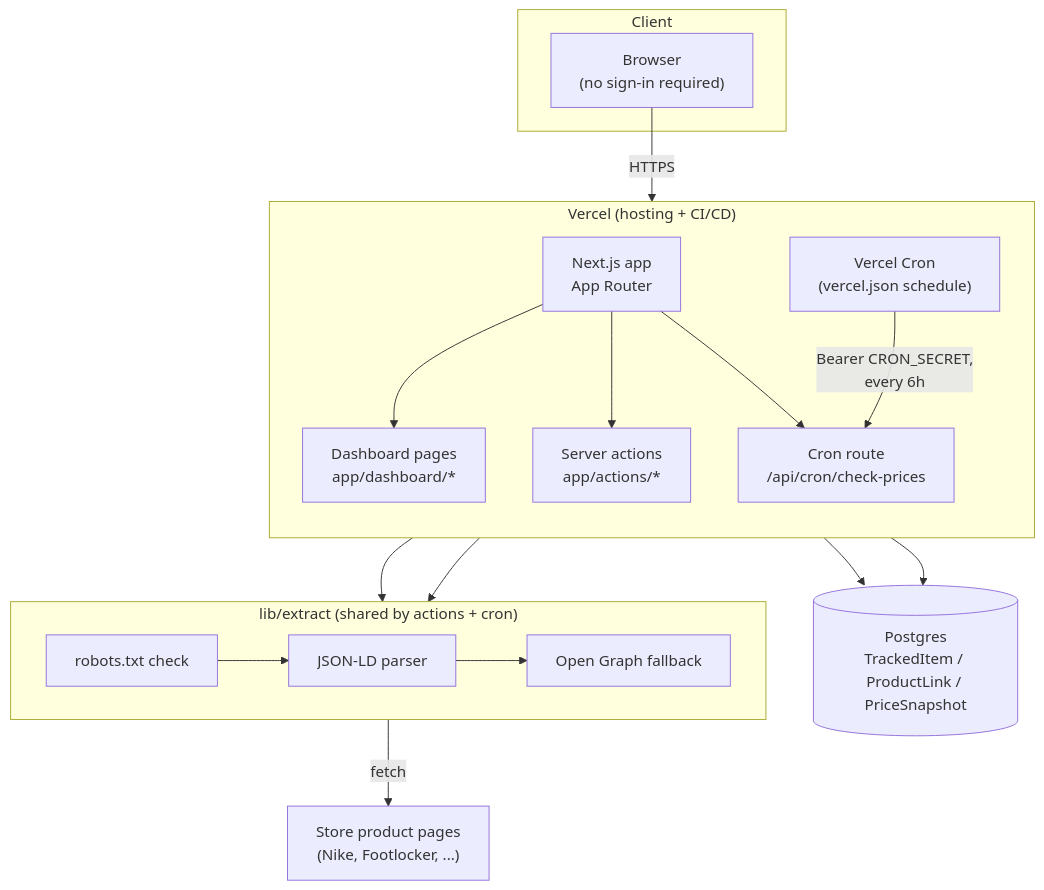
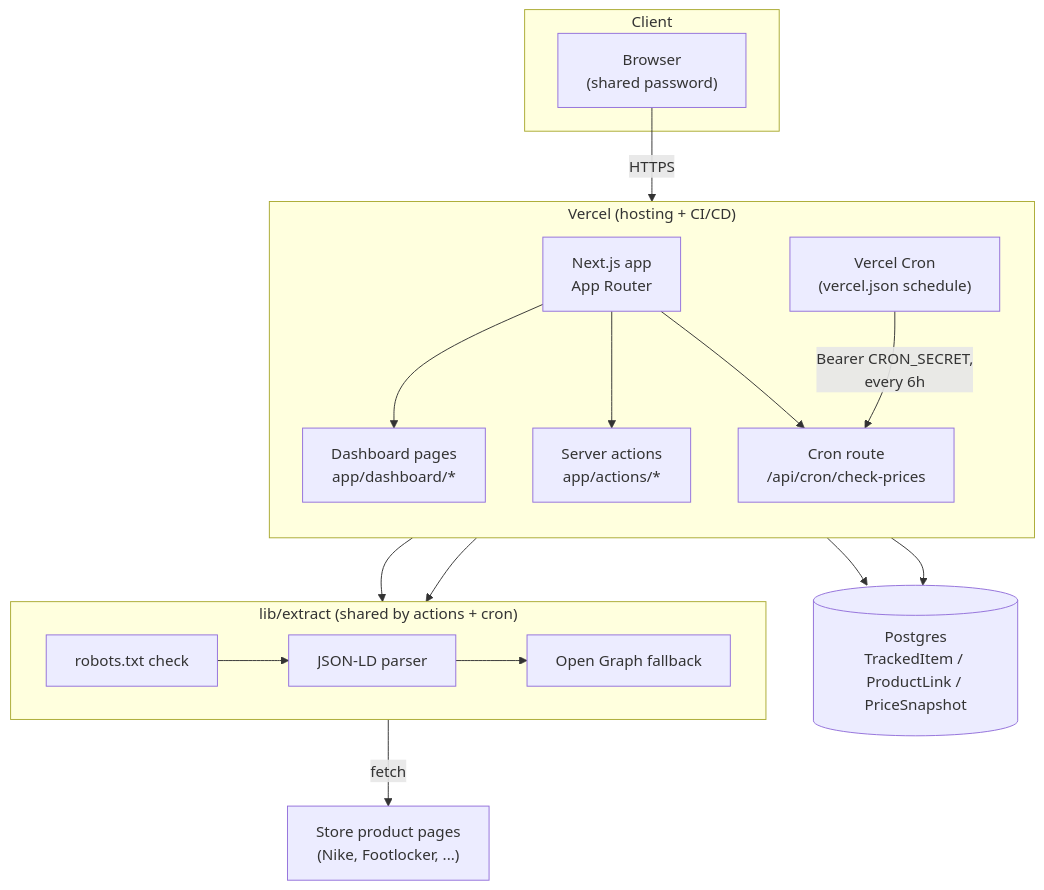
One commit to liranmeir/price-watch changed the diagram in docs/architecture.mmd. Above: the diagram before and after it, drawn with Mermaid. The commit also changed 11 other files, not shown here.

```diff
--- a/docs/architecture.mmd
+++ b/docs/architecture.mmd
@@ -1,35 +1,35 @@
 flowchart TD
     subgraph Client
-        Browser["Browser<br/>(no sign-in required)"]
+        Browser["Browser<br/>(shared password)"]
     end
 
     subgraph Vercel["Vercel (hosting + CI/CD)"]
         direction TB
         NextApp["Next.js app<br/>App Router"]
         Pages["Dashboard pages<br/>app/dashboard/*"]
         Actions["Server actions<br/>app/actions/*"]
         CronRoute["Cron route<br/>/api/cron/check-prices"]
         CronTrigger["Vercel Cron<br/>(vercel.json schedule)"]
 
         NextApp --> Pages
         NextApp --> Actions
         NextApp --> CronRoute
         CronTrigger -- "Bearer CRON_SECRET,<br/>every 6h" --> CronRoute
     end
 
     subgraph Extract["lib/extract (shared by actions + cron)"]
         Robots["robots.txt check"]
         JsonLd["JSON-LD parser"]
         OG["Open Graph fallback"]
         Robots --> JsonLd --> OG
     end
 
     DB[("Postgres<br/>TrackedItem / ProductLink / PriceSnapshot")]
     Stores["Store product pages<br/>(Nike, Footlocker, ...)"]
 
     Browser -- "HTTPS" --> NextApp
     Pages --> DB
     Actions --> DB
     Actions --> Extract
     CronRoute --> Extract
     Extract -- "fetch" --> Stores
```
